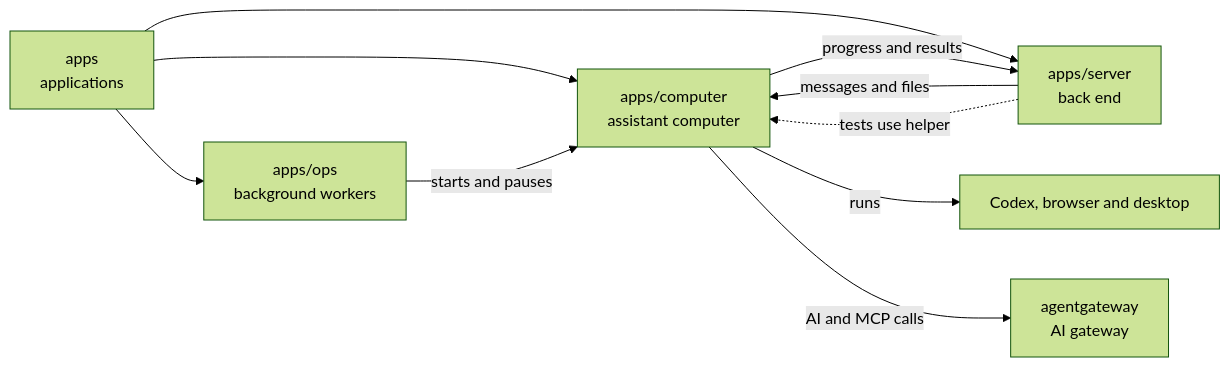
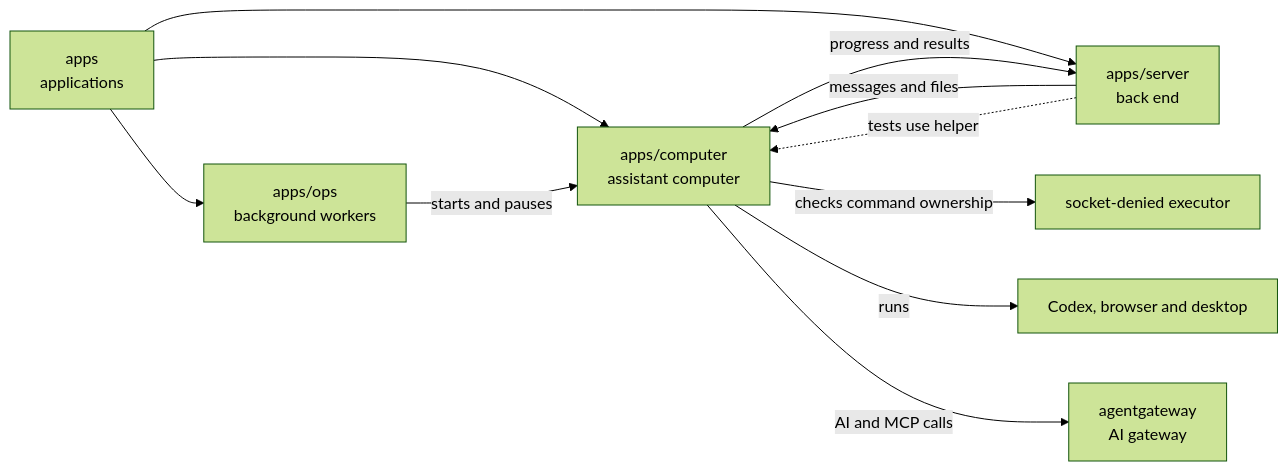
One commit to elewa-git/opencrane-new changed the diagram in apps/computer/README.md. Above: the diagram before and after it, drawn with Mermaid (forest theme). The commit also changed other lines of this file and 8 other files, not shown here.

````diff
--- a/apps/computer/README.md
+++ b/apps/computer/README.md
@@ -16,12 +16,13 @@
 ```mermaid
 flowchart LR
   apps["apps<br/>applications"] --> computer["apps/computer<br/>assistant computer"]
   apps --> ops["apps/ops<br/>background workers"]
   apps --> server["apps/server<br/>back end"]
   ops -->|starts and pauses| computer
   server -->|messages and files| computer
   server -.->|tests use helper| computer
   computer -->|progress and results| server
+  computer -->|checks command ownership| executor["socket-denied executor"]
   computer -->|runs| desktop["Codex, browser and desktop"]
   computer -->|AI and MCP calls| gateway["agentgateway<br/>AI gateway"]
 ```
````
